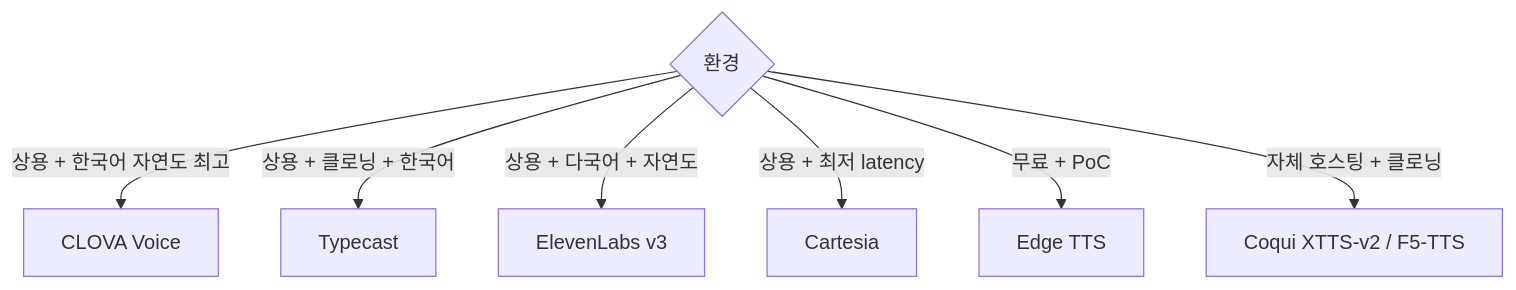
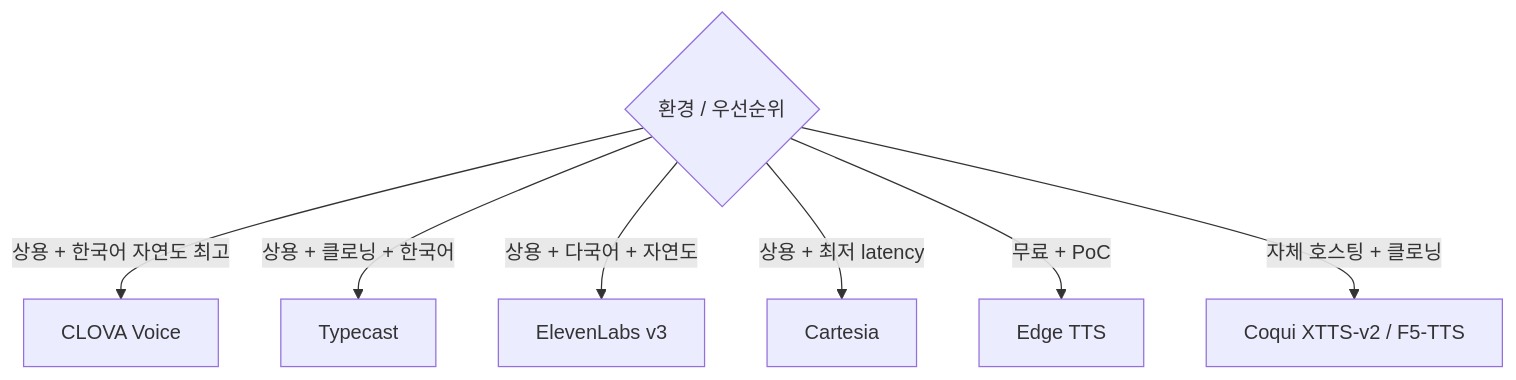
The fourth of 5 diagrams in src/content/wiki/voice/tts-models-overview.mdx (shinkeonkim/shinkeonkim.github.io), drawn with Mermaid before and after one commit. The commit also changed other lines of this file and 526 other files, not shown here.

First line of the commit message:
content(wiki): 전수조사 및 대규모 보강 (짧은 파일 0, mermaid +645)

````diff
--- a/src/content/wiki/voice/tts-models-overview.mdx
+++ b/src/content/wiki/voice/tts-models-overview.mdx
@@ -121,10 +220,10 @@
 ```mermaid
 flowchart TD
-    Q{환경}
-    Q -->|상용 + 한국어 자연도 최고| CLOVA[CLOVA Voice]
-    Q -->|상용 + 클로닝 + 한국어| Typecast
-    Q -->|상용 + 다국어 + 자연도| Eleven[ElevenLabs v3]
-    Q -->|상용 + 최저 latency| Cartesia
-    Q -->|무료 + PoC| EdgeTTS[Edge TTS]
-    Q -->|자체 호스팅 + 클로닝| XTTS[Coqui XTTS-v2 / F5-TTS]
+    Q{"환경 / 우선순위"}
+    Q -->|"상용 + 한국어 자연도 최고"| CLOVA["CLOVA Voice"]
+    Q -->|"상용 + 클로닝 + 한국어"| Typecast
+    Q -->|"상용 + 다국어 + 자연도"| Eleven["ElevenLabs v3"]
+    Q -->|"상용 + 최저 latency"| Cartesia
+    Q -->|"무료 + PoC"| EdgeTTS["Edge TTS"]
+    Q -->|"자체 호스팅 + 클로닝"| XTTS["Coqui XTTS-v2 / F5-TTS"]
 ```
````
